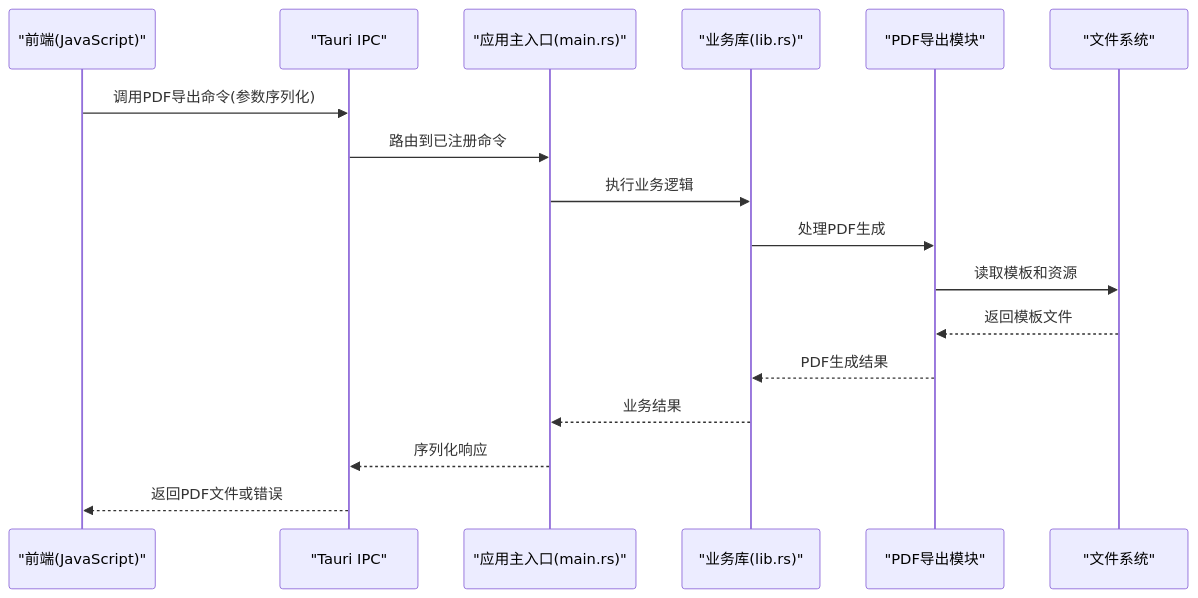
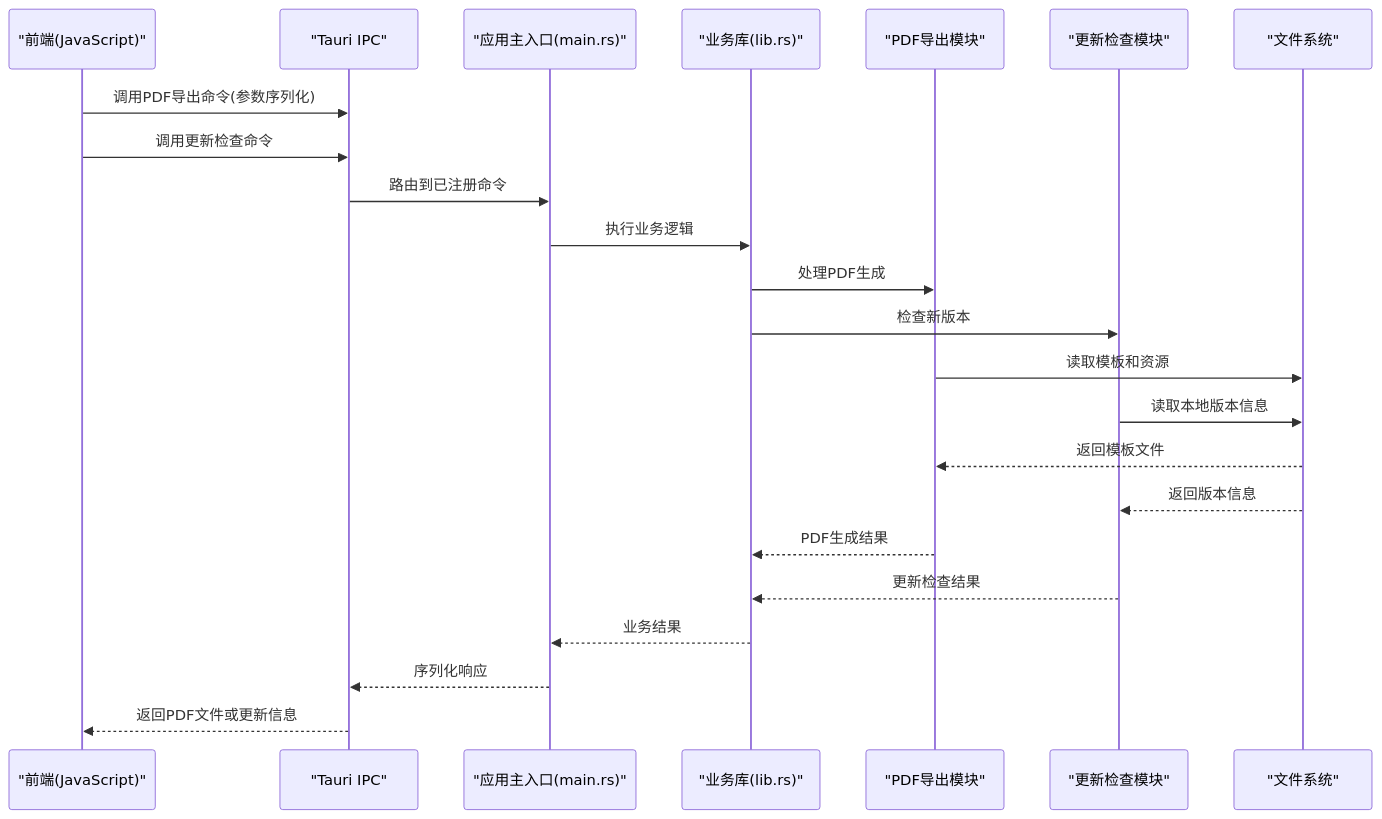
The second of 3 diagrams in .qoder/repowiki/zh/content/Tauri后端.md (gongshiyun/ZenNote), drawn with Mermaid before and after one commit. The commit also changed other lines of this file and 21 other files, not shown here.

````diff
--- a/.qoder/repowiki/zh/content/Tauri后端.md
+++ b/.qoder/repowiki/zh/content/Tauri后端.md
@@ -100,19 +103,25 @@
 ```mermaid
 sequenceDiagram
 participant FE as "前端(JavaScript)"
 participant IPC as "Tauri IPC"
 participant Main as "应用主入口(main.rs)"
 participant Lib as "业务库(lib.rs)"
 participant PDF as "PDF导出模块"
+participant Update as "更新检查模块"
 participant FS as "文件系统"
 FE->>IPC : 调用PDF导出命令(参数序列化)
+FE->>IPC : 调用更新检查命令
 IPC->>Main : 路由到已注册命令
 Main->>Lib : 执行业务逻辑
 Lib->>PDF : 处理PDF生成
+Lib->>Update : 检查新版本
 PDF->>FS : 读取模板和资源
+Update->>FS : 读取本地版本信息
 FS-->>PDF : 返回模板文件
+FS-->>Update : 返回版本信息
 PDF-->>Lib : PDF生成结果
+Update-->>Lib : 更新检查结果
 Lib-->>Main : 业务结果
 Main-->>IPC : 序列化响应
-IPC-->>FE : 返回PDF文件或错误
+IPC-->>FE : 返回PDF文件或更新信息
 ```
````
